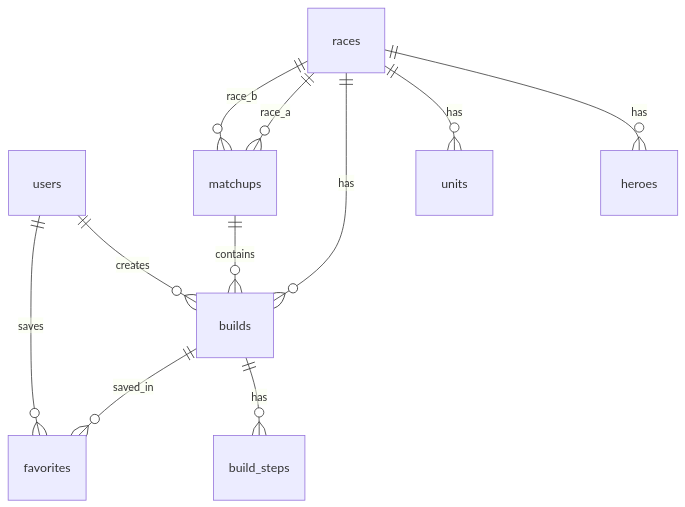
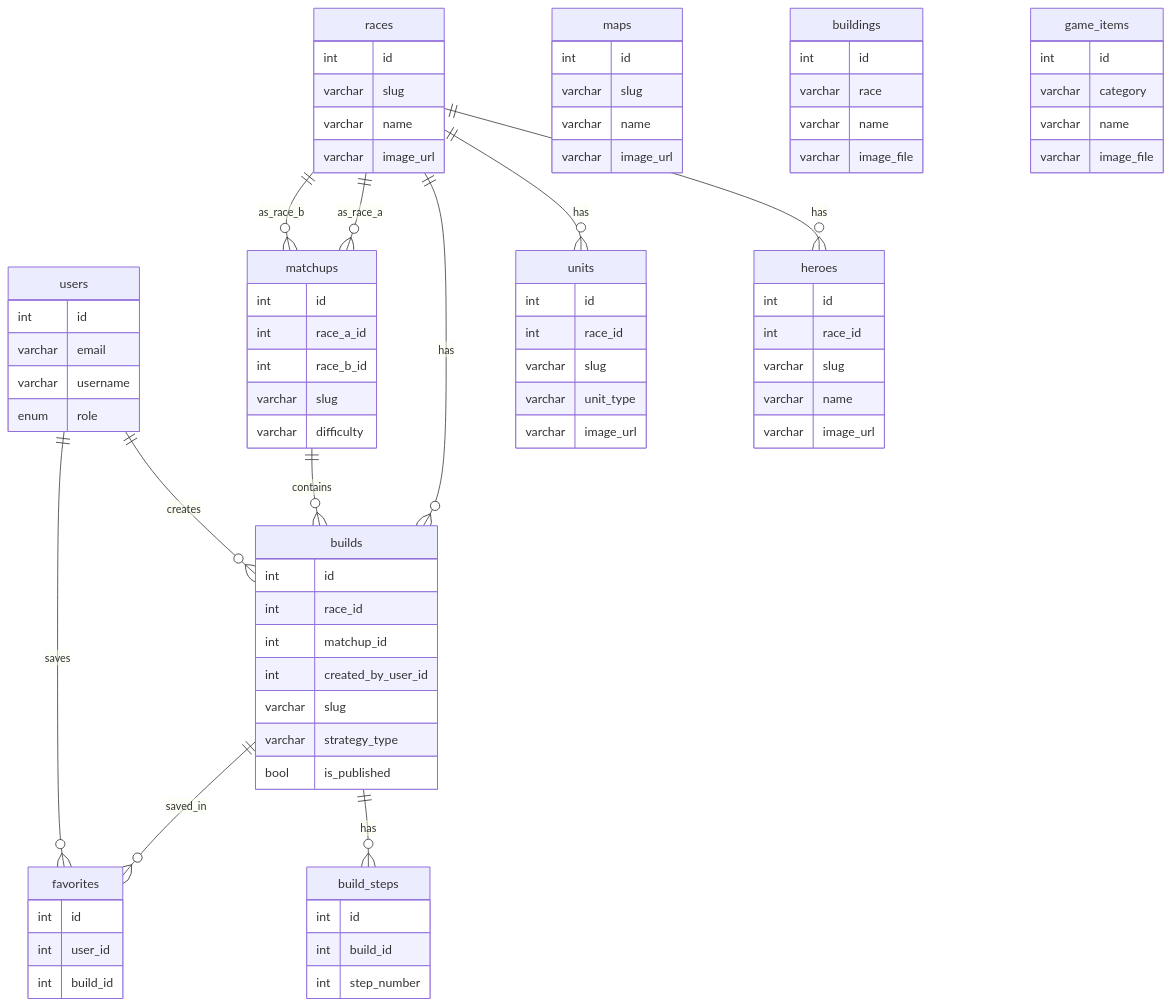
One commit to Svetoslav-Dev/wc3-matchup-guide changed the diagram in README.md. Above: the diagram before and after it, drawn with Mermaid. The commit also changed other lines of this file, not shown here.

````diff
--- a/README.md
+++ b/README.md
@@ -103,9 +116,79 @@
   races ||--o{ heroes : has
   races ||--o{ units : has
   races ||--o{ builds : has
-  races ||--o{ matchups : race_a
-  races ||--o{ matchups : race_b
+  races ||--o{ matchups : as_race_a
+  races ||--o{ matchups : as_race_b
   matchups ||--o{ builds : contains
   builds ||--o{ build_steps : has
   builds ||--o{ favorites : saved_in
+  users {
+    int id
+    varchar email
+    varchar username
+    enum role
+  }
+  races {
+    int id
+    varchar slug
+    varchar name
+    varchar image_url
+  }
+  heroes {
+    int id
+    int race_id
+    varchar slug
+    varchar name
+    varchar image_url
+  }
+  units {
+    int id
+    int race_id
+    varchar slug
+    varchar unit_type
+    varchar image_url
+  }
+  maps {
+    int id
+    varchar slug
+    varchar name
+    varchar image_url
+  }
+  matchups {
+    int id
+    int race_a_id
+    int race_b_id
+    varchar slug
+    varchar difficulty
+  }
+  builds {
+    int id
+    int race_id
+    int matchup_id
+    int created_by_user_id
+    varchar slug
+    varchar strategy_type
+    bool is_published
+  }
+  build_steps {
+    int id
+    int build_id
+    int step_number
+  }
+  favorites {
+    int id
+    int user_id
+    int build_id
+  }
+  buildings {
+    int id
+    varchar race
+    varchar name
+    varchar image_file
+  }
+  game_items {
+    int id
+    varchar category
+    varchar name
+    varchar image_file
+  }
 ```
````
